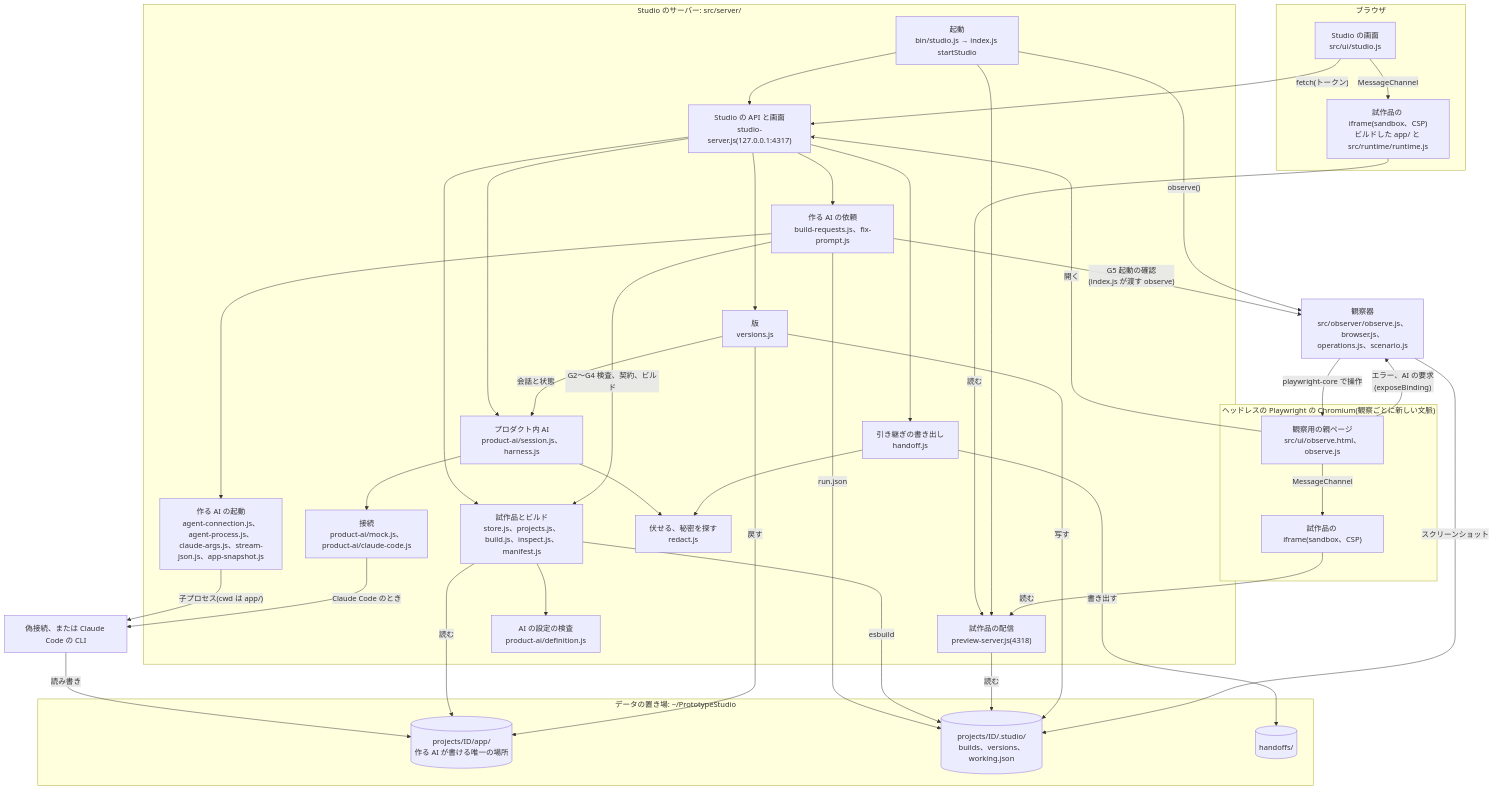
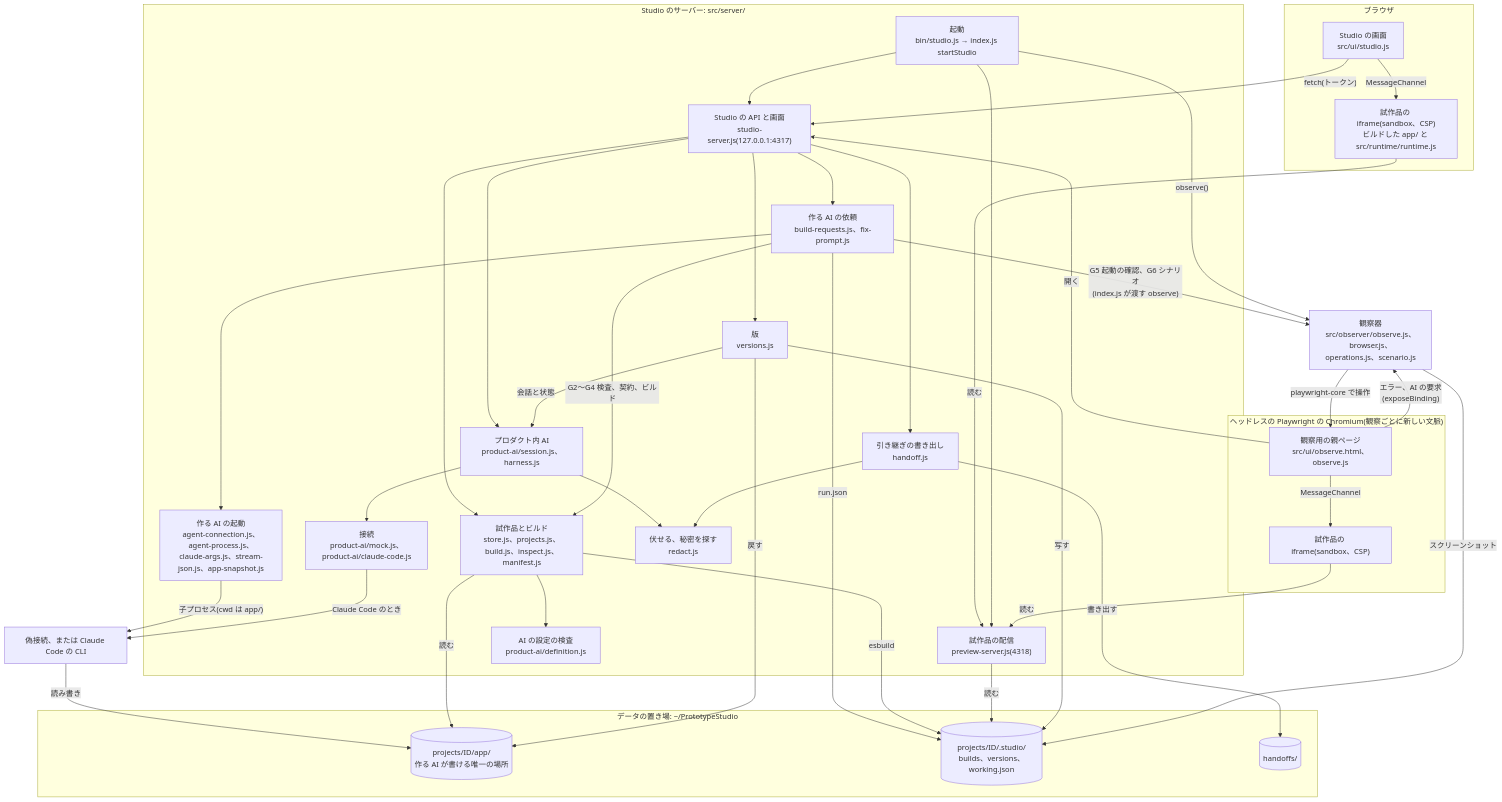
Before and after one commit to jyoka/agent-prototype-studio: the second of 2 diagrams in docs/architecture/hld.md, drawn with Mermaid. The commit also changed other lines of this file and 18 other files, not shown here.

````diff
--- a/docs/architecture/hld.md
+++ b/docs/architecture/hld.md
@@ -43,73 +43,73 @@
 ```mermaid
 flowchart TB
     subgraph browser["ブラウザ"]
         ui["Studio の画面<br/>src/ui/studio.js"]
         frame["試作品の iframe(sandbox、CSP)<br/>ビルドした app/ と src/runtime/runtime.js"]
     end
 
     subgraph headless["ヘッドレスの Playwright の Chromium(観察ごとに新しい文脈)"]
         host["観察用の親ページ<br/>src/ui/observe.html、observe.js"]
         oframe["試作品の iframe(sandbox、CSP)"]
     end
 
     subgraph server["Studio のサーバー: src/server/"]
         entry["起動<br/>bin/studio.js → index.js startStudio"]
         api["Studio の API と画面<br/>studio-server.js(127.0.0.1:4317)"]
         preview["試作品の配信<br/>preview-server.js(4318)"]
         store["試作品とビルド<br/>store.js、projects.js、build.js、inspect.js、<br/>manifest.js"]
         requests["作る AI の依頼<br/>build-requests.js、fix-prompt.js"]
         agent["作る AI の起動<br/>agent-connection.js、agent-process.js、<br/>claude-args.js、stream-json.js、app-snapshot.js"]
         ai["プロダクト内 AI<br/>product-ai/session.js、harness.js"]
         conn["接続<br/>product-ai/mock.js、product-ai/claude-code.js"]
         def["AI の設定の検査<br/>product-ai/definition.js"]
         versions["版<br/>versions.js"]
         handoff["引き継ぎの書き出し<br/>handoff.js"]
         redact["伏せる、秘密を探す<br/>redact.js"]
     end
 
     observer["観察器<br/>src/observer/observe.js、browser.js、<br/>operations.js、scenario.js"]
 
     subgraph local["データの置き場: ~/PrototypeStudio"]
         app[("projects/ID/app/<br/>作る AI が書ける唯一の場所")]
         dotstudio[("projects/ID/.studio/<br/>builds、versions、working.json")]
         handoffs[("handoffs/")]
     end
 
     cli["偽接続、または Claude Code の CLI"]
 
     ui -- "fetch(トークン)" --> api
     ui -- "MessageChannel" --> frame
     frame -- "読む" --> preview
     entry --> api
     entry --> preview
     api --> store
     api --> requests
     api --> ai
     api --> versions
     api --> handoff
     requests --> agent
     agent -- "子プロセス(cwd は app/)" --> cli
     cli -- "読み書き" --> app
     requests -- "G2〜G4 検査、契約、ビルド" --> store
-    requests -- "G5 起動の確認<br/>(index.js が渡す observe)" --> observer
+    requests -- "G5 起動の確認、G6 シナリオ<br/>(index.js が渡す observe)" --> observer
     requests -- "run.json" --> dotstudio
     store --> def
     store -- "esbuild" --> dotstudio
     store -- "読む" --> app
     preview -- "読む" --> dotstudio
     ai --> conn
     conn -- "Claude Code のとき" --> cli
     ai --> redact
     versions -- "写す" --> dotstudio
     versions -- "戻す" --> app
     versions -- "会話と状態" --> ai
     handoff -- "書き出す" --> handoffs
     handoff --> redact
     entry -- "observe()" --> observer
     observer -- "playwright-core で操作" --> host
     host -- "MessageChannel" --> oframe
     host -- "開く" --> api
     oframe -- "読む" --> preview
     host -- "エラー、AI の要求<br/>(exposeBinding)" --> observer
     observer -- "スクリーンショット" --> dotstudio
 ```
````
